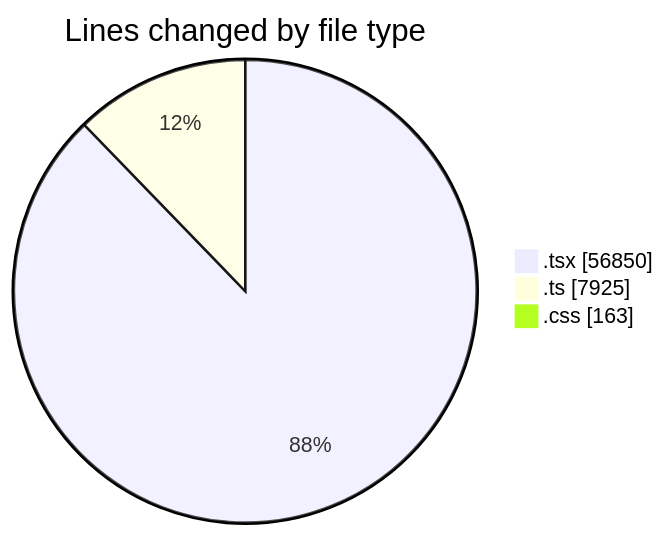
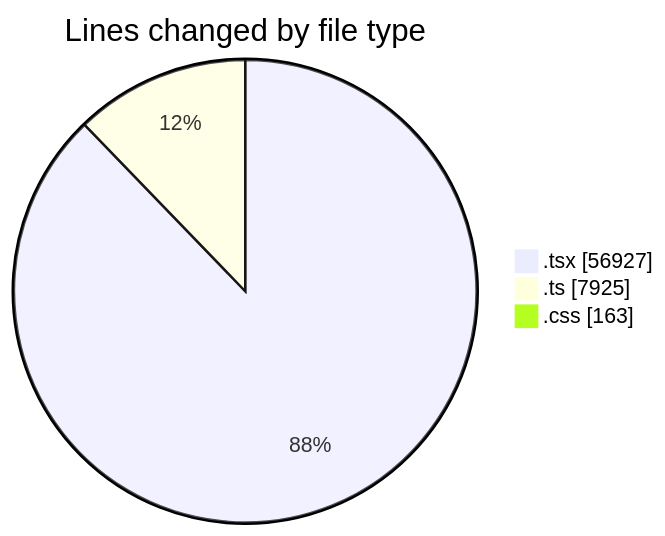
Before and after one commit to nxtqubesakshisongat/code-tracking: the first of 2 diagrams in 2026-08-23/nxtqube_webapp/README.md, drawn with Mermaid. The commit also changed other lines of this file and 1 other file, not shown here.

````diff
--- a/2026-08-23/nxtqube_webapp/README.md
+++ b/2026-08-23/nxtqube_webapp/README.md
@@ -122,7 +123,7 @@
 ```mermaid
 pie showData
 title Lines changed by file type
-".tsx" : 56850
+".tsx" : 56927
 ".ts" : 7925
 ".css" : 163
 ```
````
